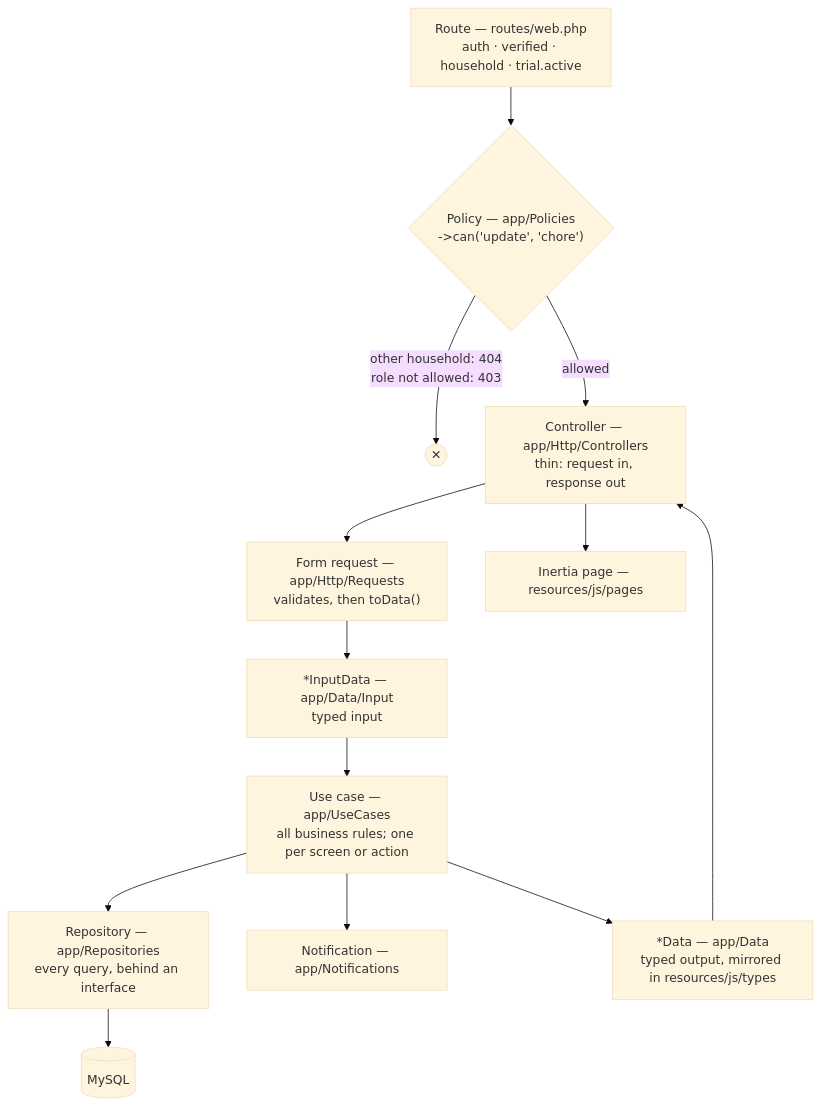
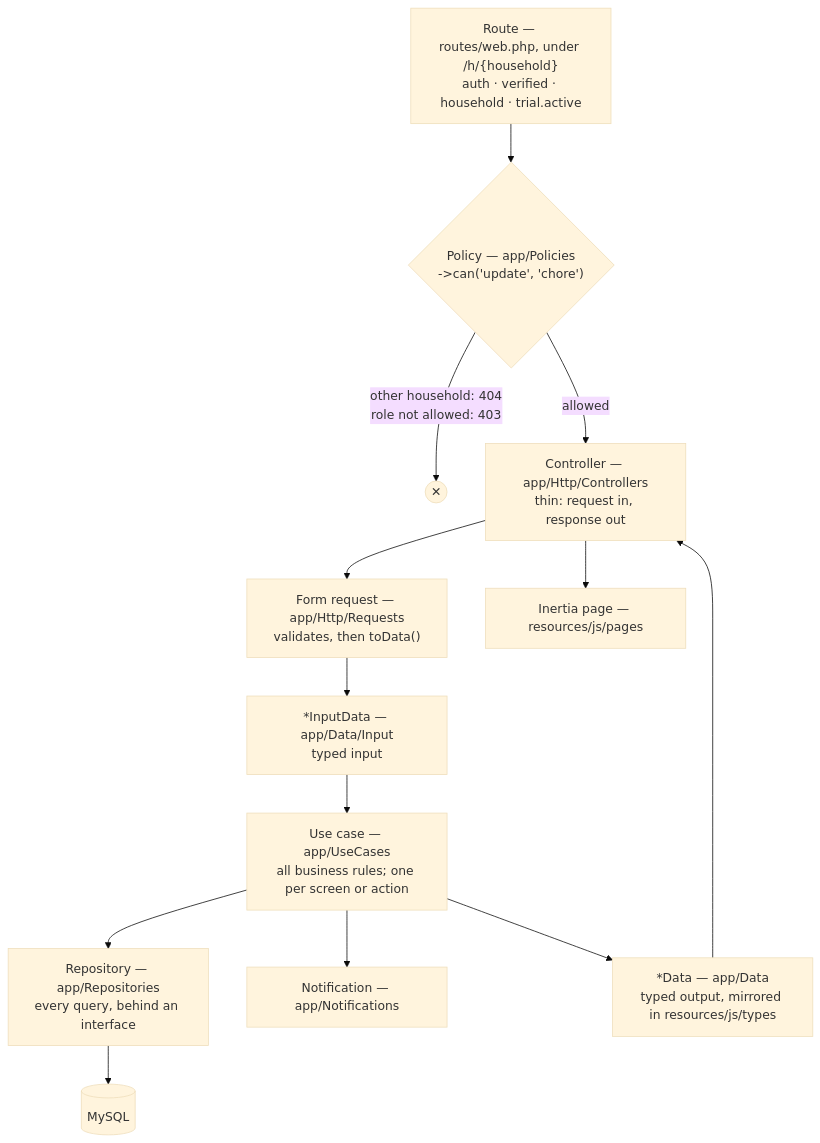
The fourth of 5 diagrams in README.md (owensanders/ryh), drawn with Mermaid (base theme) before and after one commit. The commit also changed other lines of this file and 105 other files, not shown here.

````diff
--- a/README.md
+++ b/README.md
@@ -245,23 +245,23 @@
 ```mermaid
 flowchart TD
-    route["Route — routes/web.php<br/>auth · verified · household · trial.active"]
+    route["Route — routes/web.php, under /h/{household}<br/>auth · verified · household · trial.active"]
     policy{"Policy — app/Policies<br/>->can('update', 'chore')"}
     controller["Controller — app/Http/Controllers<br/>thin: request in, response out"]
     request["Form request — app/Http/Requests<br/>validates, then toData()"]
     input["*InputData — app/Data/Input<br/>typed input"]
     usecase["Use case — app/UseCases<br/>all business rules; one per screen or action"]
     repo["Repository — app/Repositories<br/>every query, behind an interface"]
     db[("MySQL")]
     data["*Data — app/Data<br/>typed output, mirrored in resources/js/types"]
     page["Inertia page — resources/js/pages"]
     notification["Notification — app/Notifications"]
 
     route --> policy
     policy -- "other household: 404<br/>role not allowed: 403" --> stop(("✕"))
     policy -- "allowed" --> controller
     controller --> request --> input --> usecase
     usecase --> repo --> db
     usecase --> notification
     usecase --> data --> controller
     controller --> page
 ```
````
